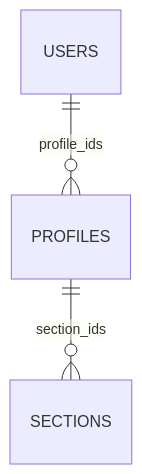
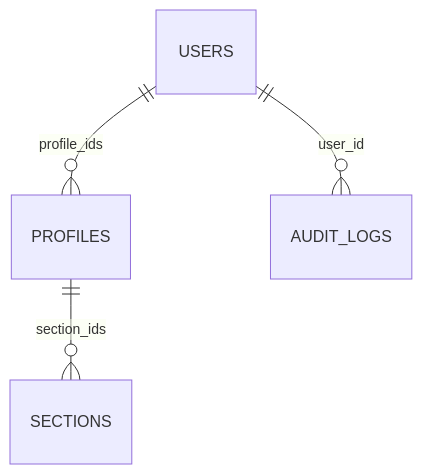
The sixth of 6 diagrams in ARCHITECTURE.md (Migue716/Examen-Tap-Terminal), drawn with Mermaid before and after one commit. The commit also changed other lines of this file and 2 other files, not shown here.

````diff
--- a/ARCHITECTURE.md
+++ b/ARCHITECTURE.md
@@ -166,5 +206,6 @@
 ```mermaid
 erDiagram
     USERS ||--o{ PROFILES : profile_ids
     PROFILES ||--o{ SECTIONS : section_ids
+    USERS ||--o{ AUDIT_LOGS : user_id
 ```
````
